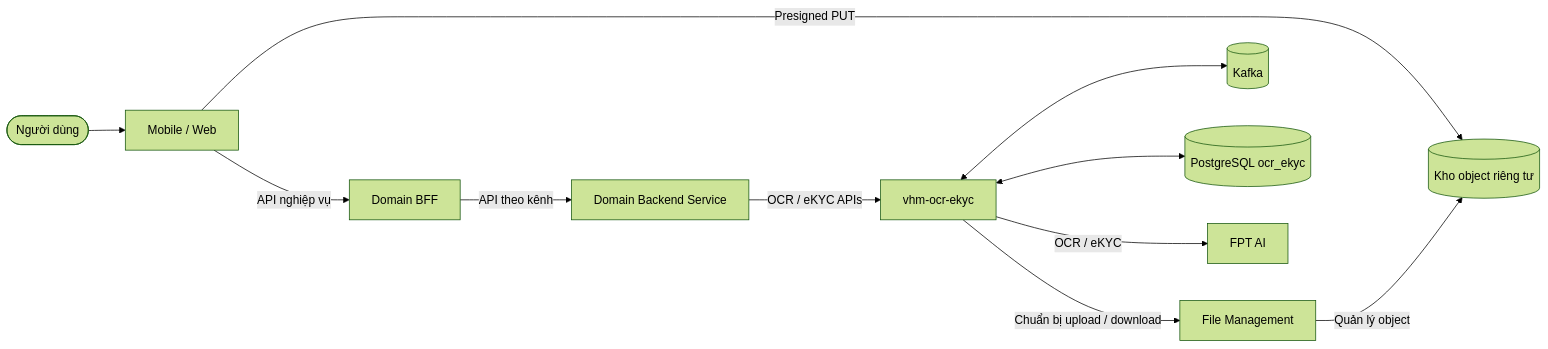
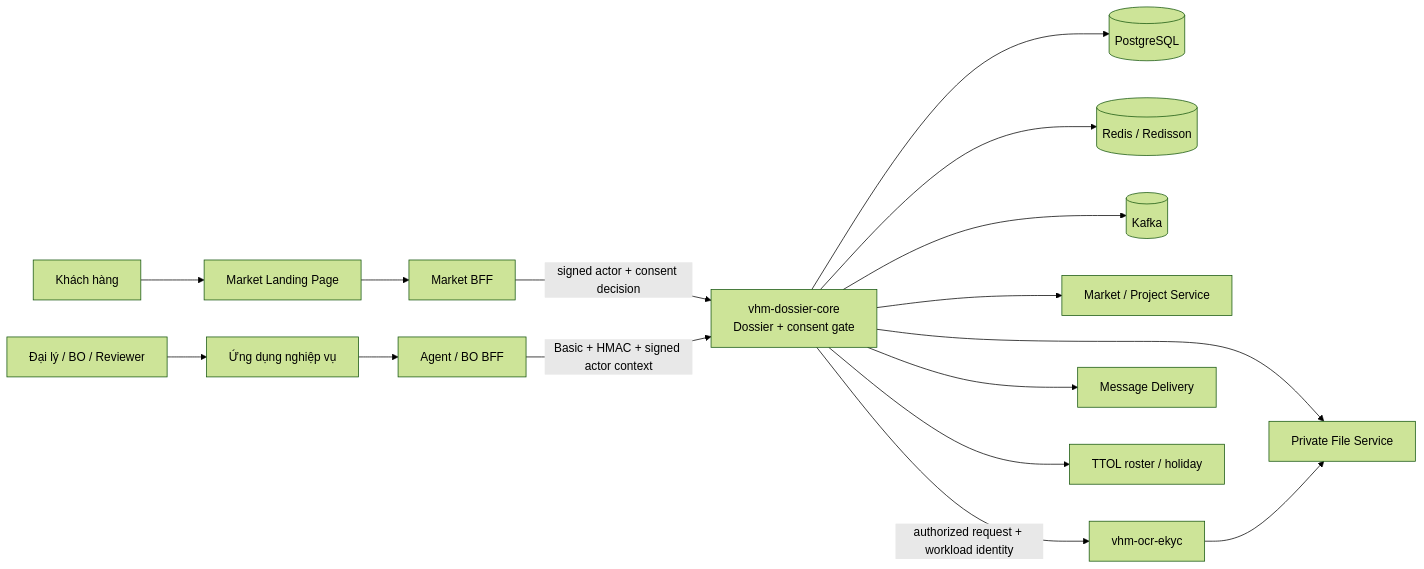
Before and after one commit to huynv-xyz/vhm: the first of 8 diagrams in tdd-dossier.md, drawn with Mermaid (forest theme). The commit also changed other lines of this file, not shown here.

````diff
--- a/tdd-dossier.md
+++ b/tdd-dossier.md
@@ -216,24 +189,18 @@
 ```mermaid
 flowchart LR
-    USER([Người dùng])
-    APP[Mobile / Web]
-    BFF[Domain BFF]
-    DOMAIN[Domain Backend Service]
-    OCR[vhm-ocr-ekyc]
-    FILE[File Management]
-    STORE[(Kho object riêng tư)]
-    KAFKA[(Kafka)]
-    DB[(PostgreSQL ocr_ekyc)]
-    FPT[FPT AI]
-
-    USER --> APP
-    APP -->|API nghiệp vụ| BFF
-    APP -->|Presigned PUT| STORE
-    BFF -->|API theo kênh| DOMAIN
-    DOMAIN -->|OCR / eKYC APIs| OCR
-    OCR -->|Chuẩn bị upload / download| FILE
-    FILE -->|Quản lý object| STORE
-    OCR <--> DB
-    OCR <--> KAFKA
-    OCR -->|OCR / eKYC| FPT
+    Customer[Khách hàng] --> Landing[Market Landing Page]
+    Landing --> MBFF[Market BFF]
+    Agent[Đại lý / BO / Reviewer] --> Channel[Ứng dụng nghiệp vụ]
+    Channel --> ABFF[Agent / BO BFF]
+    MBFF -->|signed actor + consent decision| Core[vhm-dossier-core<br/>Dossier + consent gate]
+    ABFF -->|Basic + HMAC + signed actor context| Core
+    Core --> PG[(PostgreSQL)]
+    Core --> Redis[(Redis / Redisson)]
+    Core --> Kafka[(Kafka)]
+    Core --> File[Private File Service]
+    Core --> Project[Market / Project Service]
+    Core -->|authorized request + workload identity| OCR[vhm-ocr-ekyc]
+    OCR --> File
+    Core --> Msg[Message Delivery]
+    Core --> TTOL[TTOL roster / holiday]
 ```
````
